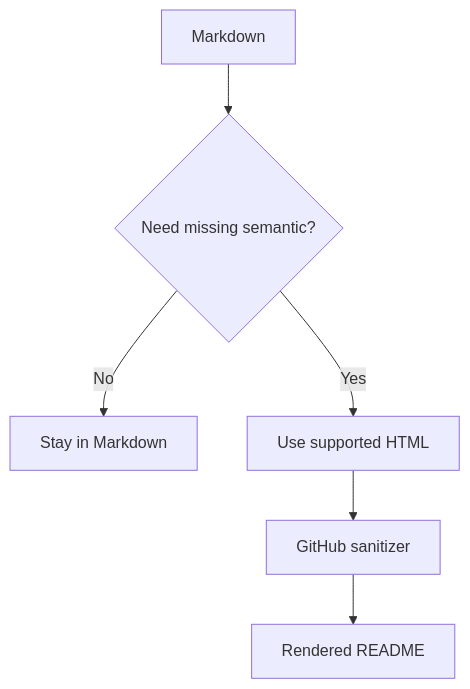
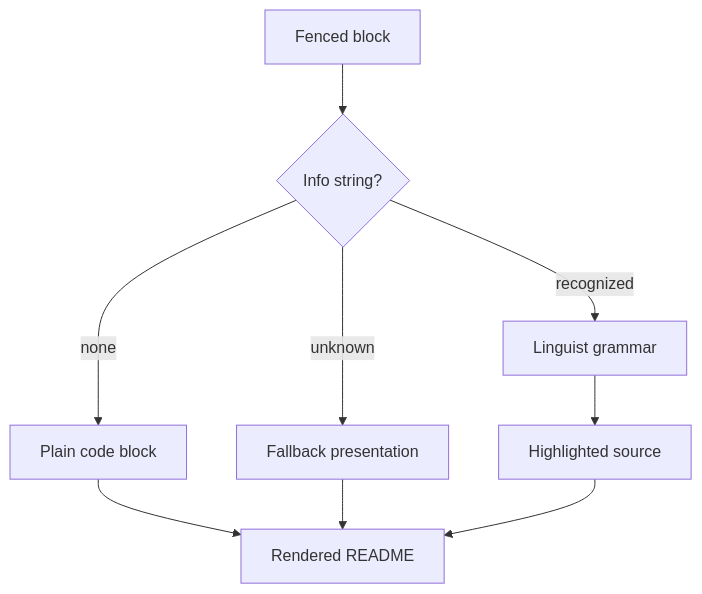
One commit to thiepn/markdown changed the second of 3 diagrams in README.md. Above: the diagram before and after it, drawn with Mermaid. The commit also changed other lines of this file, not shown here.

````diff
--- a/README.md
+++ b/README.md
@@ -836,8 +1095,11 @@
 ```mermaid
 flowchart TD
-    A[Markdown] --> B{Need missing semantic?}
-    B -- No --> C[Stay in Markdown]
-    B -- Yes --> D[Use supported HTML]
-    D --> E[GitHub sanitizer]
-    E --> F[Rendered README]
+    A[Fenced block] --> B{Info string?}
+    B -- none --> C[Plain code block]
+    B -- recognized --> D[Linguist grammar]
+    B -- unknown --> E[Fallback presentation]
+    D --> F[Highlighted source]
+    C --> G[Rendered README]
+    E --> G
+    F --> G
 ```
````
